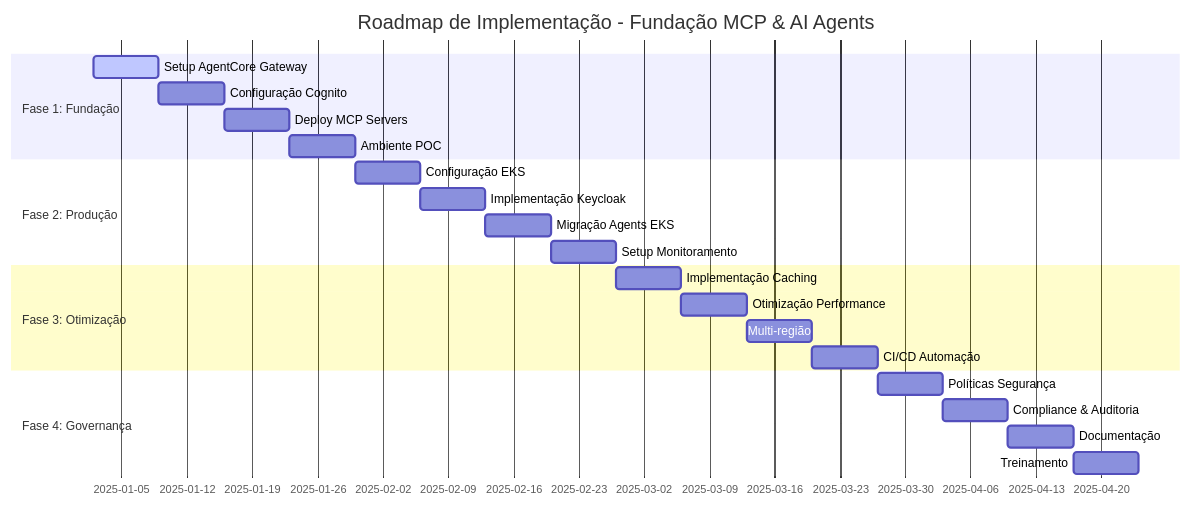
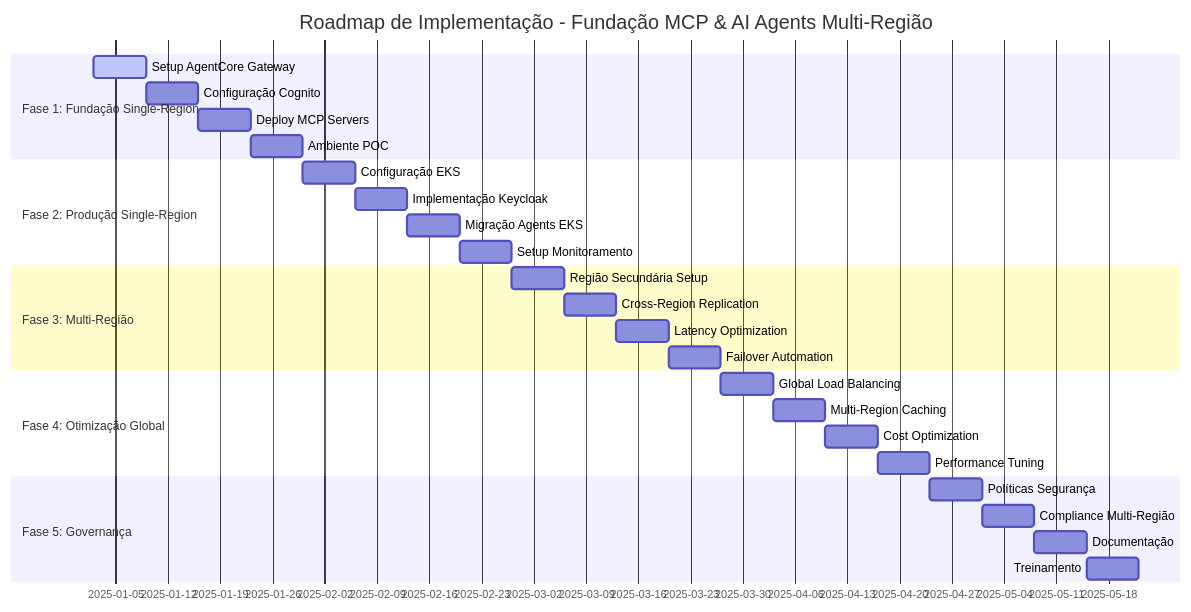
Diagram 22 of 22 in README.md (thiagodavala/ai-foundation-arch), drawn with Mermaid before and after one commit. The commit also changed other lines of this file, not shown here.

````diff
--- a/README.md
+++ b/README.md
@@ -1222,28 +1663,34 @@
 ```mermaid
 gantt
-    title Roadmap de Implementação - Fundação MCP & AI Agents
+    title Roadmap de Implementação - Fundação MCP & AI Agents Multi-Região
     dateFormat  YYYY-MM-DD
-    section Fase 1: Fundação
+    section Fase 1: Fundação Single-Region
     Setup AgentCore Gateway           :active, f1-1, 2025-01-02, 1w
     Configuração Cognito             :f1-2, after f1-1, 1w
     Deploy MCP Servers               :f1-3, after f1-2, 1w
     Ambiente POC                     :f1-4, after f1-3, 1w
     
-    section Fase 2: Produção
+    section Fase 2: Produção Single-Region
     Configuração EKS                 :f2-1, after f1-4, 1w
     Implementação Keycloak           :f2-2, after f2-1, 1w
     Migração Agents EKS              :f2-3, after f2-2, 1w
     Setup Monitoramento              :f2-4, after f2-3, 1w
     
-    section Fase 3: Otimização
-    Implementação Caching            :f3-1, after f2-4, 1w
-    Otimização Performance           :f3-2, after f3-1, 1w
-    Multi-região                     :f3-3, after f3-2, 1w
-    CI/CD Automação                  :f3-4, after f3-3, 1w
+    section Fase 3: Multi-Região
+    Região Secundária Setup          :f3-1, after f2-4, 1w
+    Cross-Region Replication         :f3-2, after f3-1, 1w
+    Latency Optimization             :f3-3, after f3-2, 1w
+    Failover Automation              :f3-4, after f3-3, 1w
     
-    section Fase 4: Governança
-    Políticas Segurança              :f4-1, after f3-4, 1w
-    Compliance & Auditoria           :f4-2, after f4-1, 1w
-    Documentação                     :f4-3, after f4-2, 1w
-    Treinamento                      :f4-4, after f4-3, 1w
+    section Fase 4: Otimização Global
+    Global Load Balancing            :f4-1, after f3-4, 1w
+    Multi-Region Caching             :f4-2, after f4-1, 1w
+    Cost Optimization                :f4-3, after f4-2, 1w
+    Performance Tuning               :f4-4, after f4-3, 1w
+    
+    section Fase 5: Governança
+    Políticas Segurança              :f5-1, after f4-4, 1w
+    Compliance Multi-Região          :f5-2, after f5-1, 1w
+    Documentação                     :f5-3, after f5-2, 1w
+    Treinamento                      :f5-4, after f5-3, 1w
 ```
````
